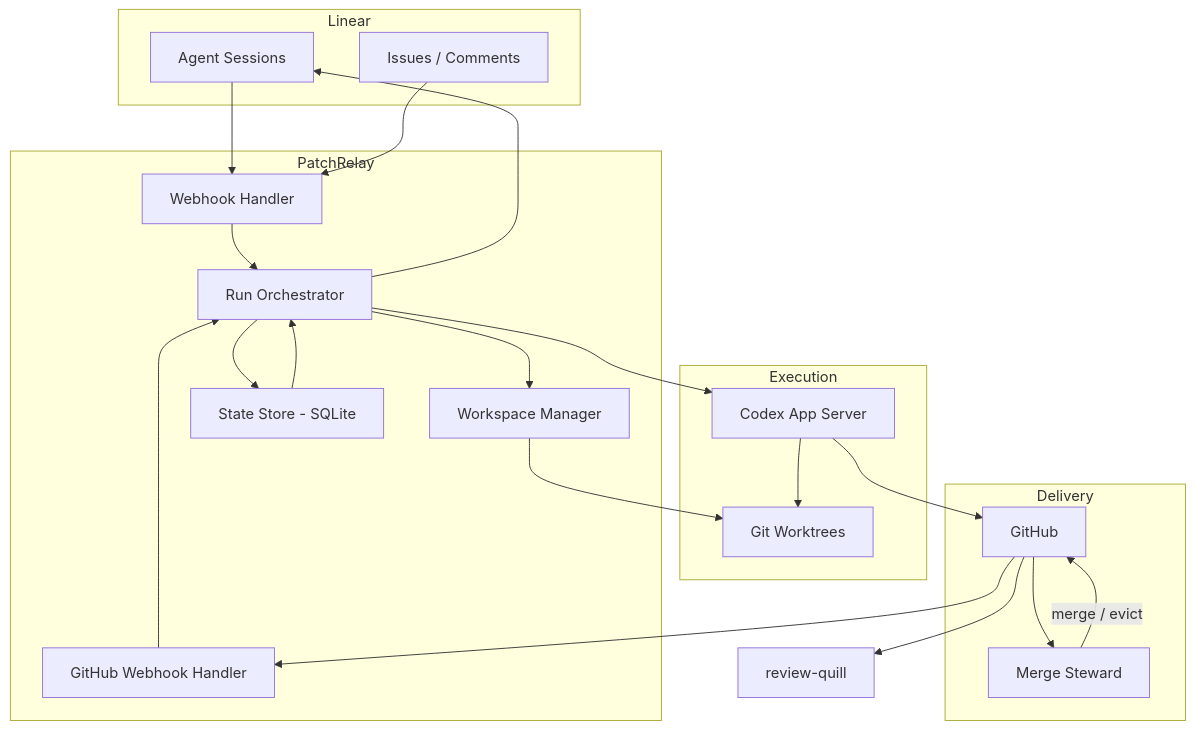
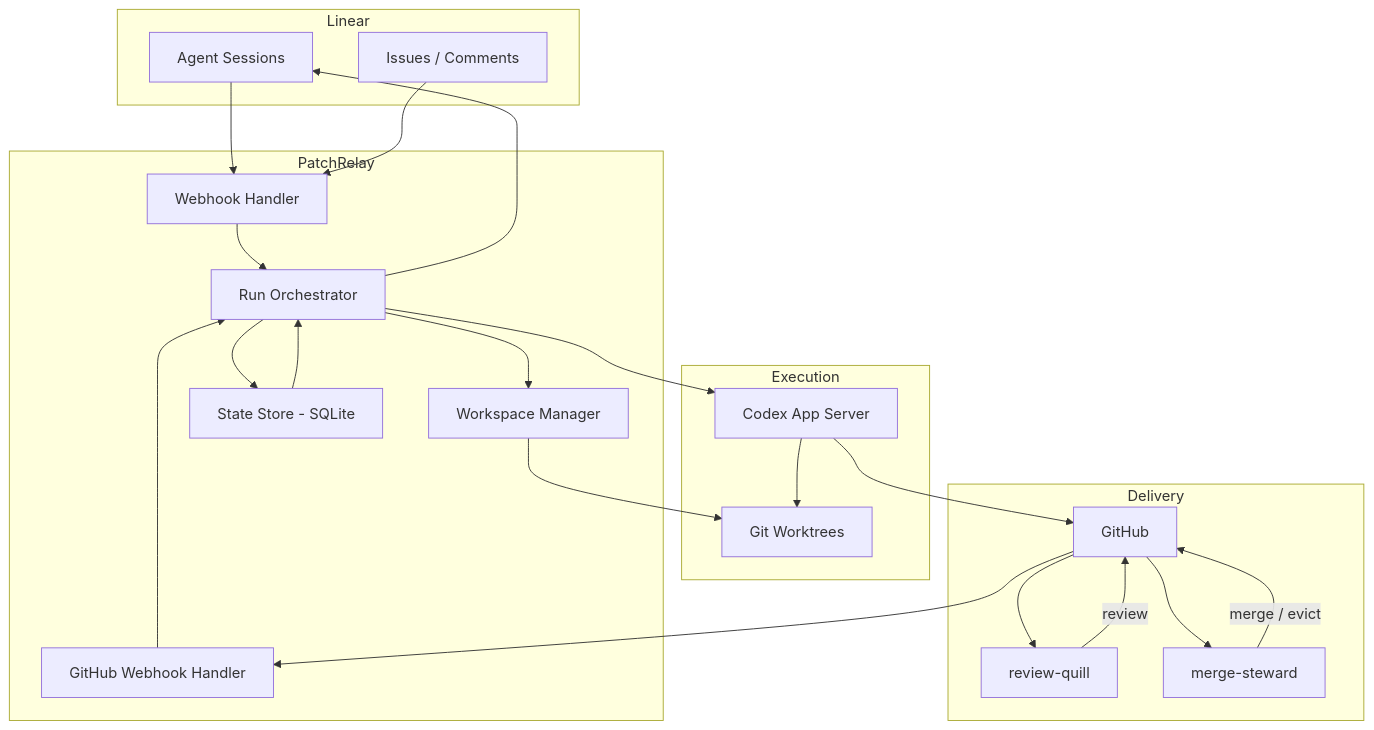
One commit to krasnoperov/patchrelay changed the diagram in docs/architecture.md. Above: the diagram before and after it, drawn with Mermaid. The commit also changed other lines of this file, not shown here.

First line of the commit message:
docs(architecture): audit pass — scope, consolidation, naming, current-vs-target

````diff
--- a/docs/architecture.md
+++ b/docs/architecture.md
@@ -49,42 +21,44 @@
 ```mermaid
 flowchart TB
   subgraph Linear
     LS[Agent Sessions]
     LI[Issues / Comments]
   end
 
   subgraph PatchRelay
     WH[Webhook Handler]
     GWH[GitHub Webhook Handler]
     RO[Run Orchestrator]
     WM[Workspace Manager]
     ST[State Store - SQLite]
   end
 
   subgraph Execution
     CR[Codex App Server]
     WT[Git Worktrees]
   end
 
   subgraph Delivery
     GH[GitHub]
-    MS[Merge Steward]
+    RQ[review-quill]
+    MS[merge-steward]
   end
 
   LS --> WH
   LI --> WH
   WH --> RO
   RO --> WM
   RO --> CR
   WM --> WT
   CR --> WT
   CR --> GH
   GH --> GWH
   GWH --> RO
   RO --> ST
   ST --> RO
   RO --> LS
-  GH --> RQ[review-quill]
-  GH --> MS[Merge Steward]
+  GH --> RQ
+  GH --> MS
+  RQ -->|review| GH
   MS -->|merge / evict| GH
 ```
````
